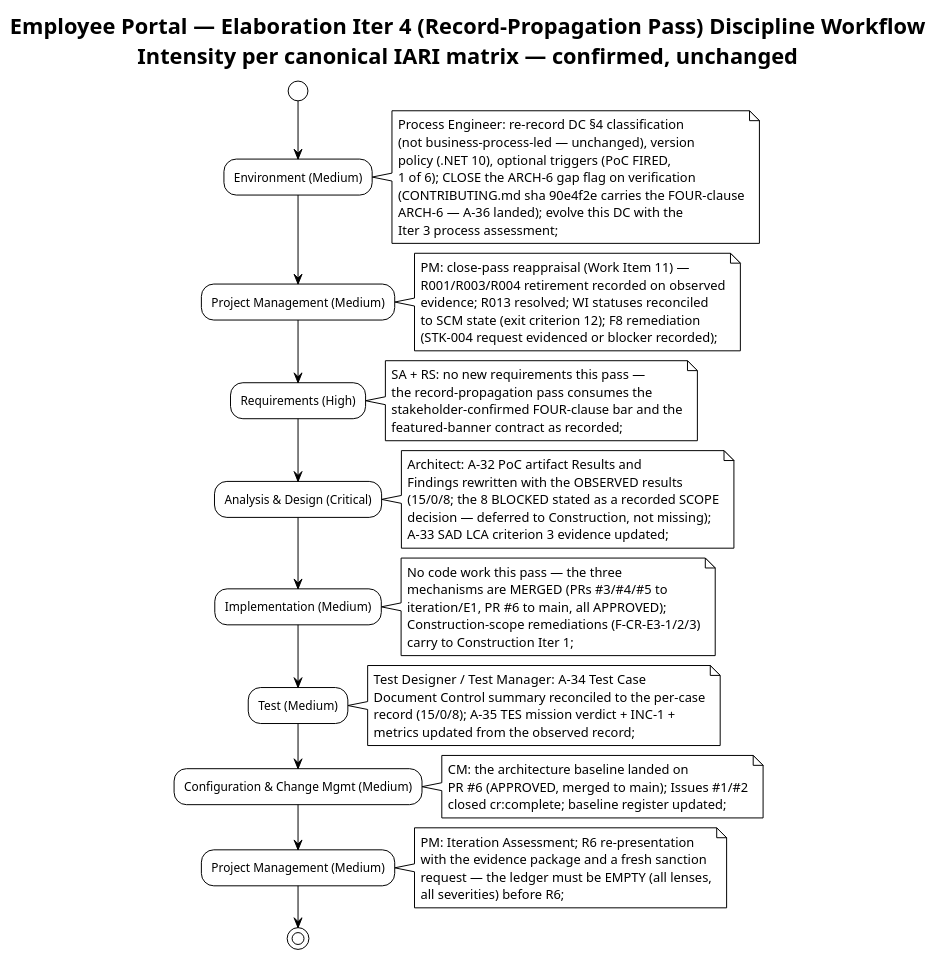
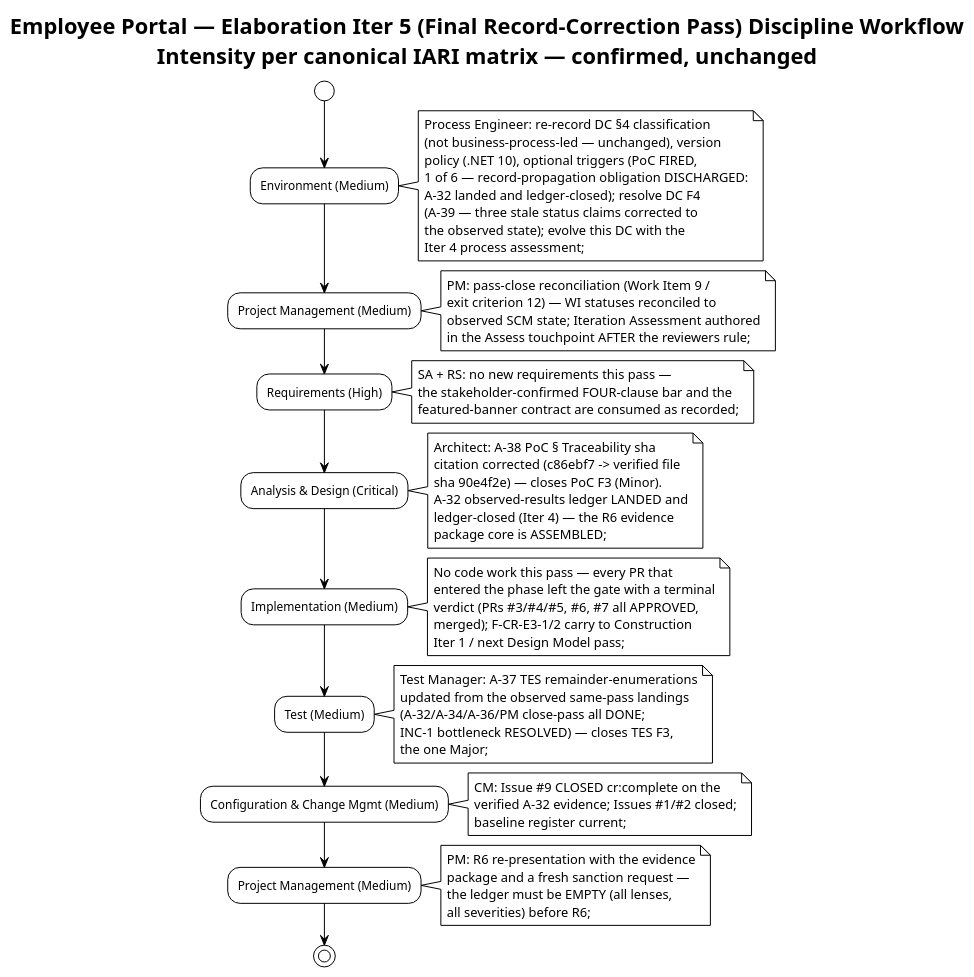
The first of 4 diagrams in docs/artifacts/environment/development-case.md (banense-test/employee-portal), drawn with PlantUML before and after one commit. The commit also changed other lines of this file, not shown here.

Commit message:
Process Engineer [E5]: upsert Development Case
[skip ci]

````diff
--- a/docs/artifacts/environment/development-case.md
+++ b/docs/artifacts/environment/development-case.md
@@ -53,25 +52,25 @@
 ```plantuml
 @startuml
 !theme plain
-title Employee Portal — Elaboration Iter 4 (Record-Propagation Pass) Discipline Workflow\nIntensity per canonical IARI matrix — confirmed, unchanged
+title Employee Portal — Elaboration Iter 5 (Final Record-Correction Pass) Discipline Workflow\nIntensity per canonical IARI matrix — confirmed, unchanged
 
 start
 :Environment (Medium);
-note right: Process Engineer: re-record DC §4 classification\n(not business-process-led — unchanged), version\npolicy (.NET 10), optional triggers (PoC FIRED,\n1 of 6); CLOSE the ARCH-6 gap flag on verification\n(CONTRIBUTING.md sha 90e4f2e carries the FOUR-clause\nARCH-6 — A-36 landed); evolve this DC with the\nIter 3 process assessment;
+note right: Process Engineer: re-record DC §4 classification\n(not business-process-led — unchanged), version\npolicy (.NET 10), optional triggers (PoC FIRED,\n1 of 6 — record-propagation obligation DISCHARGED:\nA-32 landed and ledger-closed); resolve DC F4\n(A-39 — three stale status claims corrected to\nthe observed state); evolve this DC with the\nIter 4 process assessment;
 :Project Management (Medium);
-note right: PM: close-pass reappraisal (Work Item 11) —\nR001/R003/R004 retirement recorded on observed\nevidence; R013 resolved; WI statuses reconciled\nto SCM state (exit criterion 12); F8 remediation\n(STK-004 request evidenced or blocker recorded);
+note right: PM: pass-close reconciliation (Work Item 9 /\nexit criterion 12) — WI statuses reconciled to\nobserved SCM state; Iteration Assessment authored\nin the Assess touchpoint AFTER the reviewers rule;
 :Requirements (High);
-note right: SA + RS: no new requirements this pass —\nthe record-propagation pass consumes the\nstakeholder-confirmed FOUR-clause bar and the\nfeatured-banner contract as recorded;
+note right: SA + RS: no new requirements this pass —\nthe stakeholder-confirmed FOUR-clause bar and the\nfeatured-banner contract are consumed as recorded;
 :Analysis & Design (Critical);
-note right: Architect: A-32 PoC artifact Results and\nFindings rewritten with the OBSERVED results\n(15/0/8; the 8 BLOCKED stated as a recorded SCOPE\ndecision — deferred to Construction, not missing);\nA-33 SAD LCA criterion 3 evidence updated;
+note right: Architect: A-38 PoC § Traceability sha\ncitation corrected (c86ebf7 -> verified file\nsha 90e4f2e) — closes PoC F3 (Minor).\nA-32 observed-results ledger LANDED and\nledger-closed (Iter 4) — the R6 evidence\npackage core is ASSEMBLED;
 :Implementation (Medium);
-note right: No code work this pass — the three\nmechanisms are MERGED (PRs #3/#4/#5 to\niteration/E1, PR #6 to main, all APPROVED);\nConstruction-scope remediations (F-CR-E3-1/2/3)\ncarry to Construction Iter 1;
+note right: No code work this pass — every PR that\nentered the phase left the gate with a terminal\nverdict (PRs #3/#4/#5, #6, #7 all APPROVED,\nmerged); F-CR-E3-1/2 carry to Construction\nIter 1 / next Design Model pass;
 :Test (Medium);
-note right: Test Designer / Test Manager: A-34 Test Case\nDocument Control summary reconciled to the per-case\nrecord (15/0/8); A-35 TES mission verdict + INC-1 +\nmetrics updated from the observed record;
+note right: Test Manager: A-37 TES remainder-enumerations\nupdated from the observed same-pass landings\n(A-32/A-34/A-36/PM close-pass all DONE;\nINC-1 bottleneck RESOLVED) — closes TES F3,\nthe one Major;
 :Configuration & Change Mgmt (Medium);
-note right: CM: the architecture baseline landed on\nPR #6 (APPROVED, merged to main); Issues #1/#2\nclosed cr:complete; baseline register updated;
+note right: CM: Issue #9 CLOSED cr:complete on the\nverified A-32 evidence; Issues #1/#2 closed;\nbaseline register current;
 :Project Management (Medium);
-note right: PM: Iteration Assessment; R6 re-presentation\nwith the evidence package and a fresh sanction\nrequest — the ledger must be EMPTY (all lenses,\nall severities) before R6;
+note right: PM: R6 re-presentation with the evidence\npackage and a fresh sanction request —\nthe ledger must be EMPTY (all lenses,\nall severities) before R6;
 stop
 @enduml
 ```
````
